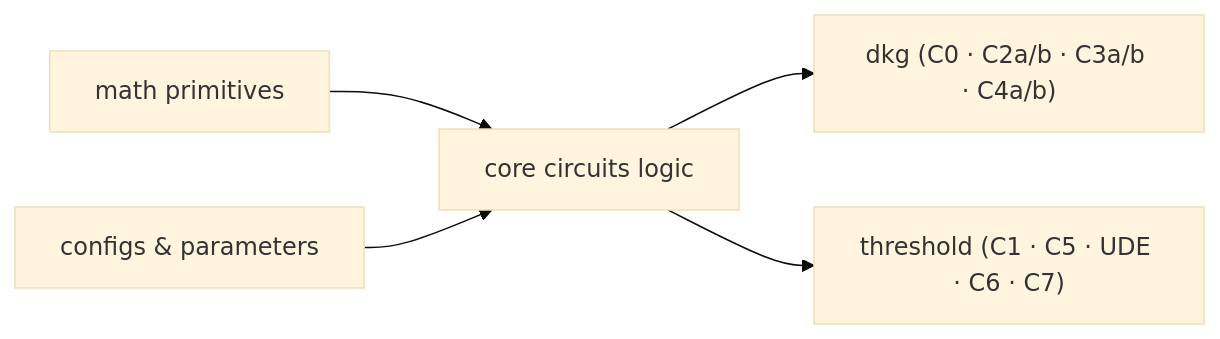
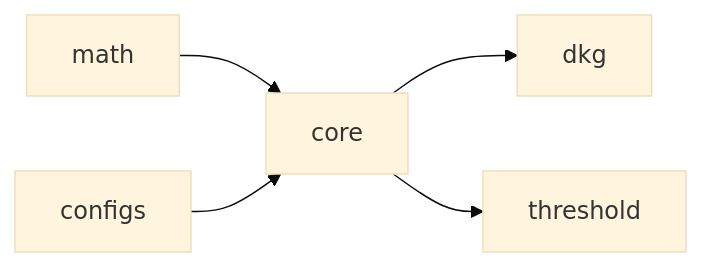
The diagram in circuits/lib/src/README.md (gnosisguild/enclave), drawn with Mermaid (base theme) before and after one commit. The commit also changed other lines of this file and 21 other files, not shown here.

````diff
--- a/circuits/lib/src/README.md
+++ b/circuits/lib/src/README.md
@@ -14,7 +20,7 @@
 ```mermaid
-graph LR
-    math["math primitives"] --> core["core circuits logic"]
-    configs["configs & parameters"] --> core
-    core --> dkg["dkg (C0 · C2a/b · C3a/b · C4a/b)"]
-    core --> threshold["threshold (C1 · C5 · UDE · C6 · C7)"]
+flowchart LR
+  math["math"] --> core["core"]
+  configs["configs"] --> core
+  core --> dkg["dkg"]
+  core --> threshold["threshold"]
 ```
````
